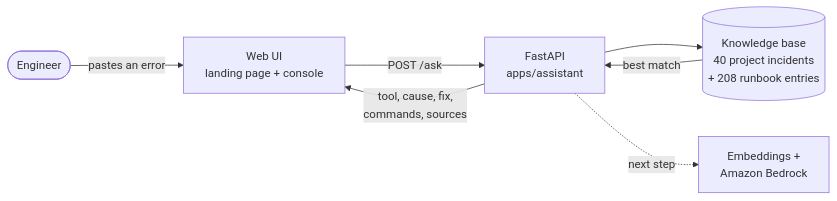
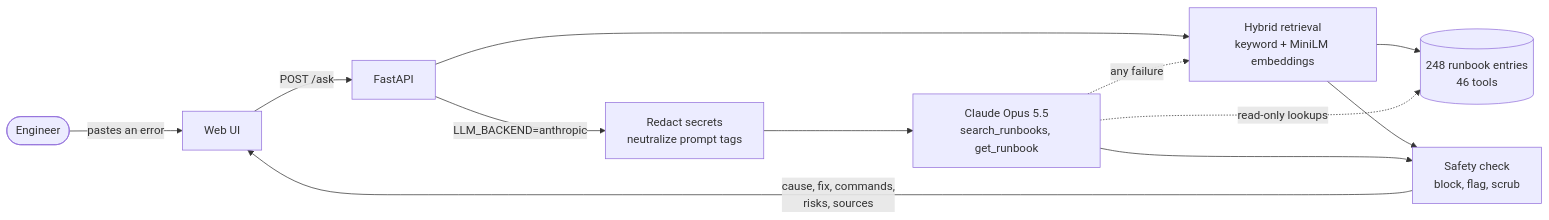
Before and after one commit to AfzalMansuri23/eks-gitops-platform: the sixth of 7 diagrams in README.md, drawn with Mermaid. The commit also changed other lines of this file, not shown here.

Commit message:
docs: ExitZero section with retrieval, eval, agent mode, guardrails and Docker

````diff
--- a/README.md
+++ b/README.md
@@ -315,9 +315,14 @@
 ```mermaid
 flowchart LR
-    user([Engineer]) -->|pastes an error| ui[Web UI<br/>landing page + console]
-    ui -->|POST /ask| api[FastAPI<br/>apps/assistant]
-    api --> kb[(Knowledge base<br/>40 project incidents<br/>+ 208 runbook entries)]
-    kb -->|best match| api
-    api -->|tool, cause, fix,<br/>commands, sources| ui
-    api -. next step .-> bedrock[Embeddings +<br/>Amazon Bedrock]
+    user([Engineer]) -->|pastes an error| ui[Web UI]
+    ui -->|POST /ask| api[FastAPI]
+    api --> ret[Hybrid retrieval<br/>keyword + MiniLM embeddings]
+    ret --> kb[(248 runbook entries<br/>46 tools)]
+    api -->|LLM_BACKEND=anthropic| red[Redact secrets<br/>neutralize prompt tags]
+    red --> agent[Claude Opus 5.5<br/>search_runbooks, get_runbook]
+    agent -. read-only lookups .-> kb
+    agent -. any failure .-> ret
+    ret --> guard
+    agent --> guard[Safety check<br/>block, flag, scrub]
+    guard -->|cause, fix, commands,<br/>risks, sources| ui
 ```
````
